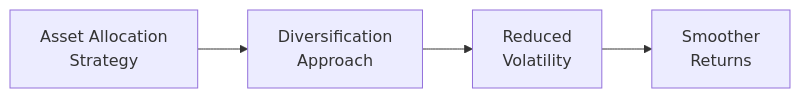
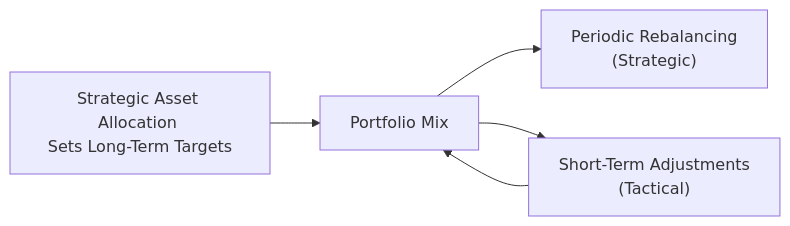
Before and after one commit to MasteryEducation/SecuritiesExamsMastery.ca: the first of 2 diagrams in content/ifc/8/8/index.md, drawn with Mermaid. The commit also changed other lines of this file and 130 other files, not shown here.

````diff
--- a/content/ifc/8/8/index.md
+++ b/content/ifc/8/8/index.md
@@ -52,6 +43,7 @@
 ```mermaid
 flowchart LR
-A["Asset Allocation <br/>Strategy"] --> B["Diversification <br/>Approach"]
-B --> C["Reduced <br/>Volatility"]
-C --> D["Smoother <br/> Returns"]
+    A["Strategic Asset Allocation <br/>Sets Long-Term Targets"] --> B["Portfolio Mix"]
+    B["Portfolio Mix"] --> C["Periodic Rebalancing <br/>(Strategic)"]
+    B["Portfolio Mix"] --> D["Short-Term Adjustments <br/>(Tactical)"]
+    D --> B
 ```
````
